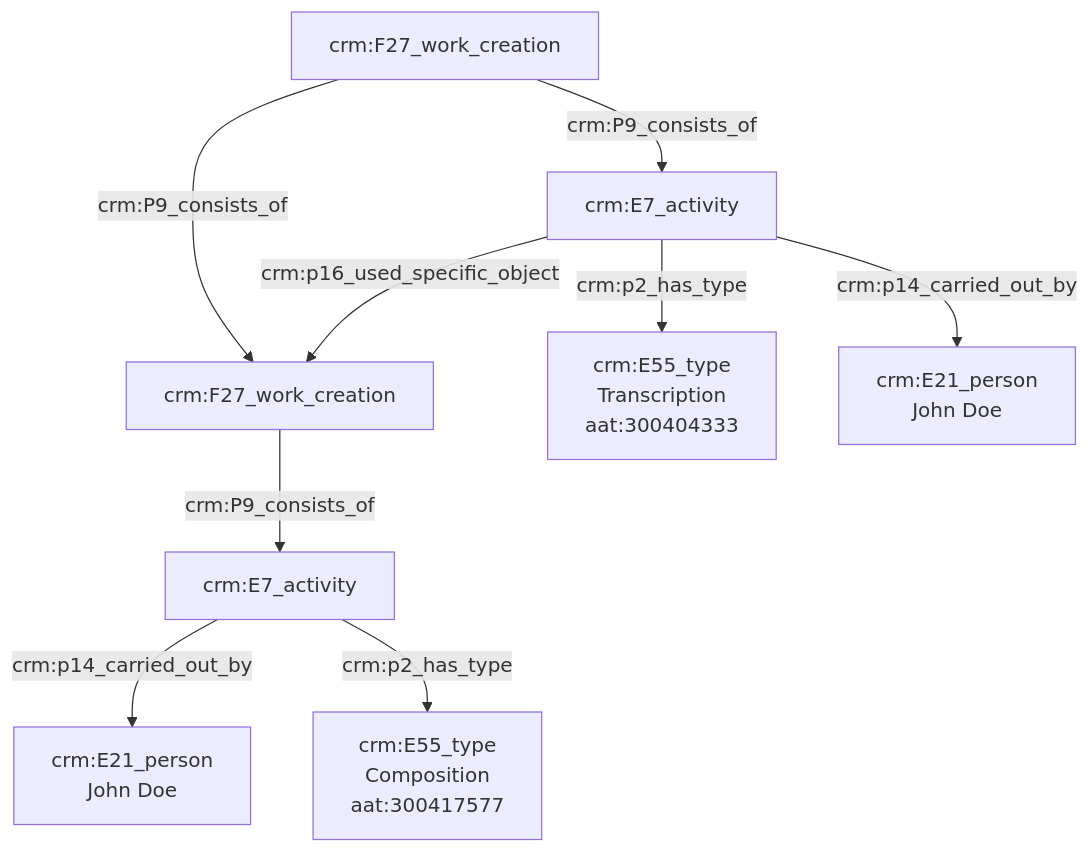
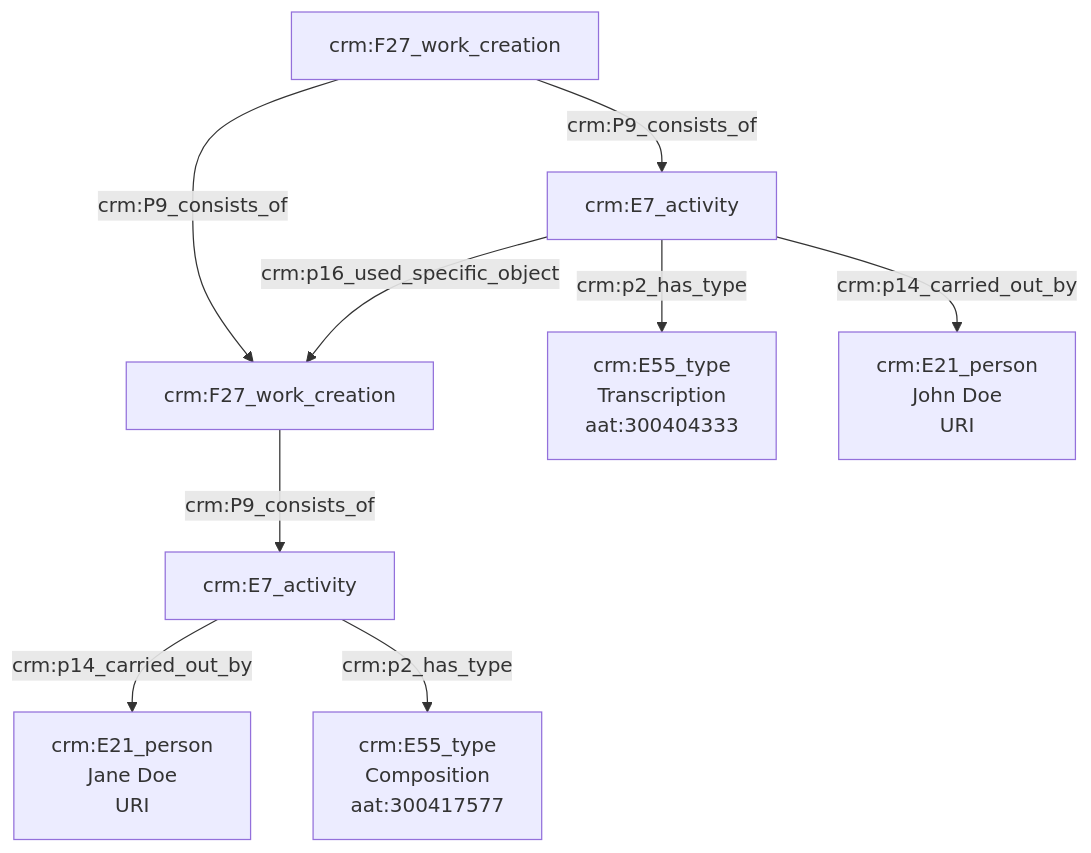
Before and after one commit to Amleth/consortium-musica2-gt2-ontologies: the diagram in modules/livrables/Dossier 2/Indexation conceptuelle/transcription d'une œuvre.md, drawn with Mermaid. The commit also changed other lines of this file, not shown here.

Commit message:
Update transcription d'une œuvre.md

````diff
--- a/modules/livrables/Dossier 2/Indexation conceptuelle/transcription d'une œuvre.md
+++ b/modules/livrables/Dossier 2/Indexation conceptuelle/transcription d'une œuvre.md
@@ -12,17 +14,17 @@
 ```mermaid
 graph TD;
 
 H[crm:F27_work_creation] --> |crm:P9_consists_of| A[crm:E7_activity]
 H[crm:F27_work_creation] --> |crm:P9_consists_of| D[crm:F27_work_creation]
 
 A[crm:E7_activity] --> |crm:p2_has_type| B[crm:E55_type<br>Transcription<br>aat:300404333]
-A[crm:E7_activity] --> |crm:p14_carried_out_by| C[crm:E21_person<br>John Doe]
+A[crm:E7_activity] --> |crm:p14_carried_out_by| C[crm:E21_person<br>John Doe<br>URI]
 A[crm:E7_activity] --> |crm:p16_used_specific_object| D[crm:F27_work_creation]
 
 
 
-E[crm:E7_activity] --> |crm:p14_carried_out_by| F[crm:E21_person<br>John Doe]
+E[crm:E7_activity] --> |crm:p14_carried_out_by| F[crm:E21_person<br>Jane Doe<br>URI]
 E[crm:E7_activity] --> |crm:p2_has_type| G[crm:E55_type<br>Composition<br>aat:300417577]
 D[crm:F27_work_creation]  --> |crm:P9_consists_of| E[crm:E7_activity]
 
 ```
````
